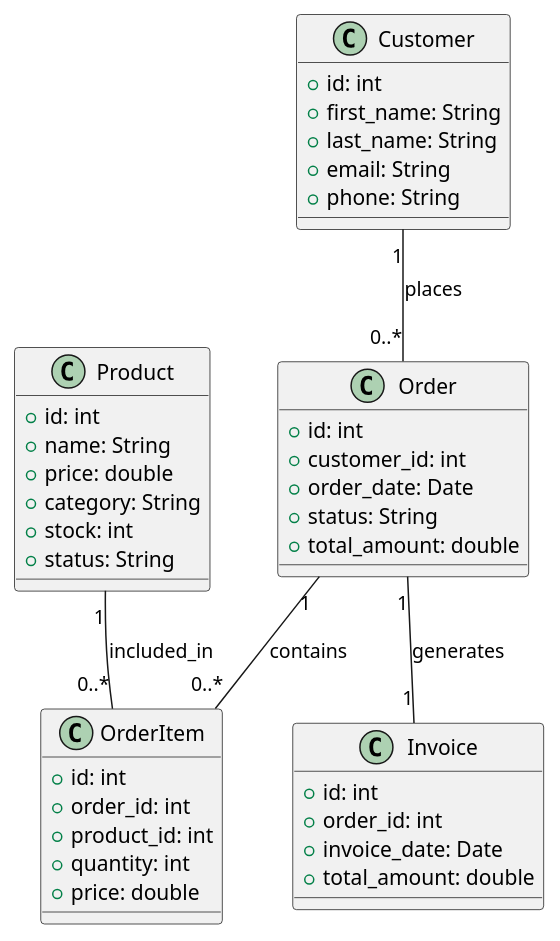
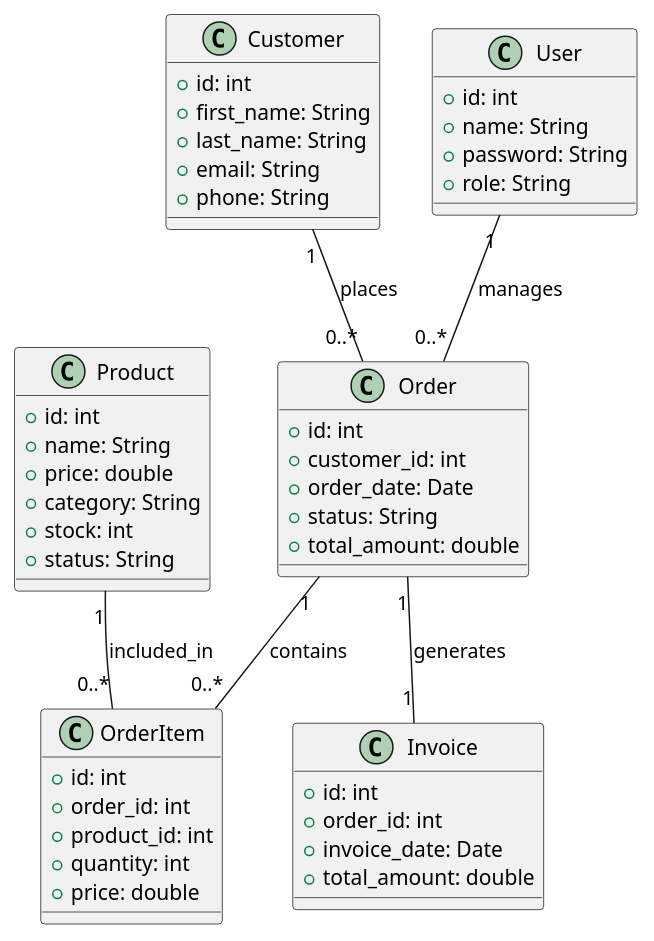
The diagram in src/main/java/melina/maouchi/javafxproject/utils/diagramme.puml (Melinamch/melinaprojet), drawn with PlantUML before and after one commit. The commit also changed 10 other files, not shown here.

```diff
--- a/src/main/java/melina/maouchi/javafxproject/utils/diagramme.puml
+++ b/src/main/java/melina/maouchi/javafxproject/utils/diagramme.puml
@@ -1,50 +1,58 @@
 @startuml
 
 ' Définition des classes
 class Product {
     + id: int
     + name: String
     + price: double
     + category: String
     + stock: int
     + status: String
 }
 
 class Customer {
     + id: int
     + first_name: String
     + last_name: String
     + email: String
     + phone: String
 }
 
 class Order {
     + id: int
     + customer_id: int
     + order_date: Date
     + status: String
     + total_amount: double
 }
 
 class OrderItem {
     + id: int
     + order_id: int
     + product_id: int
     + quantity: int
     + price: double
 }
 
 class Invoice {
     + id: int
     + order_id: int
     + invoice_date: Date
     + total_amount: double
 }
 
+class User {
+    + id: int
+    + name: String
+    + password: String
+    + role: String
+}
+
 ' Relations entre les classes
 Customer "1" -- "0..*" Order : places
 Order "1" -- "0..*" OrderItem : contains
 Product "1" -- "0..*" OrderItem : included_in
 Order "1" -- "1" Invoice : generates
+User "1" -- "0..*" Order : manages
 
 @enduml
```
